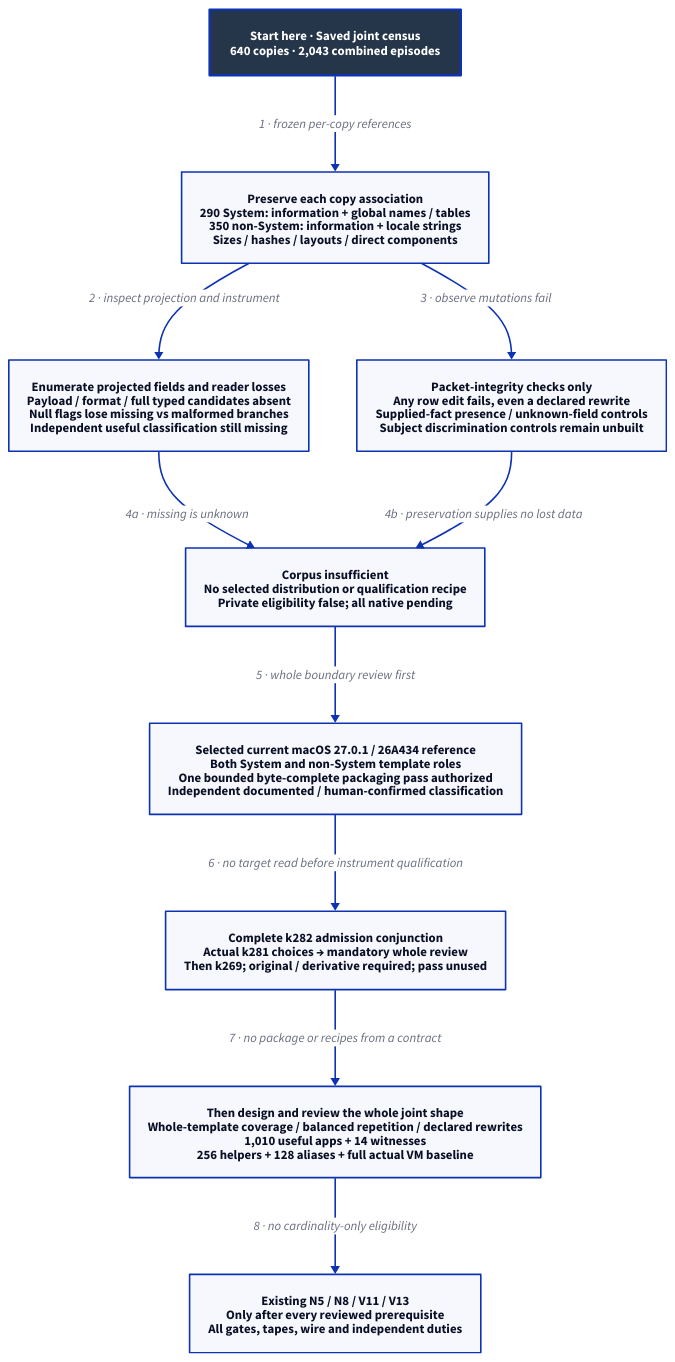
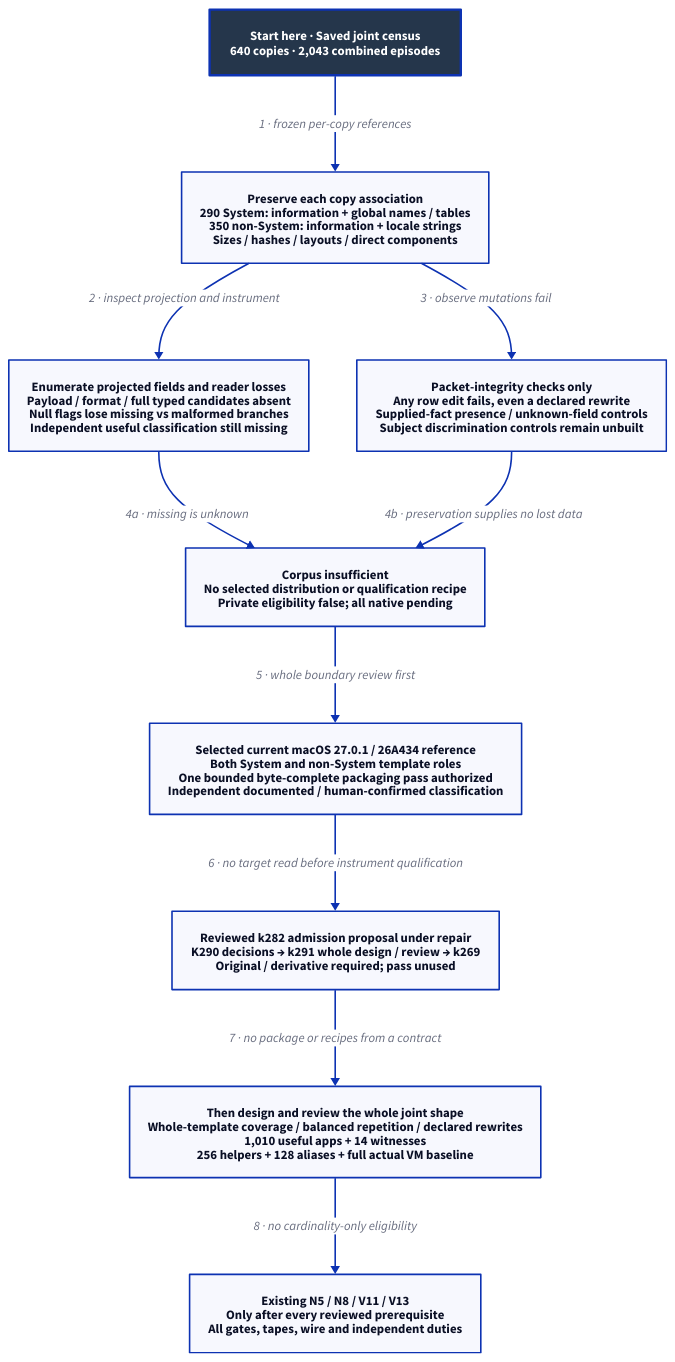
One commit to Linkuistics/Koine changed the diagram in docs/design/architecture/native-population-metadata-shape.d2. Above: the diagram before and after it, drawn with D2. The commit also changed 51 other files, not shown here.

Commit message:
Integrate admission review and queue bounded session-authority repair (reference-evidence-admission-completion-k289)

```diff
--- a/docs/design/architecture/native-population-metadata-shape.d2
+++ b/docs/design/architecture/native-population-metadata-shape.d2
@@ -1,23 +1,23 @@
 # Historical boundary and selected current-reference requirements; no useful subject or native pass.
 direction: down
 classes: {
   start: {style: {fill: "#25364B"; font-color: "#FFFFFF"; bold: true; stroke-width: 3}}
 }
 Start: "Start here · Saved joint census\n640 copies · 2,043 combined episodes" {class: start}
 Known: "Preserve each copy association\n290 System: information + global names / tables\n350 non-System: information + locale strings\nSizes / hashes / layouts / direct components"
 Missing: "Enumerate projected fields and reader losses\nPayload / format / full typed candidates absent\nNull flags lose missing vs malformed branches\nIndependent useful classification still missing"
 Control: "Packet-integrity checks only\nAny row edit fails, even a declared rewrite\nSupplied-fact presence / unknown-field controls\nSubject discrimination controls remain unbuilt"
 Boundary: "Corpus insufficient\nNo selected distribution or qualification recipe\nPrivate eligibility false; all native pending"
 Decision: "Selected current macOS 27.0.1 / 26A434 reference\nBoth System and non-System template roles\nOne bounded byte-complete packaging pass authorized\nIndependent documented / human-confirmed classification"
-Contract: "Complete k282 admission conjunction\nActual k281 choices → mandatory whole review\nThen k269; original / derivative required; pass unused"
+Contract: "Reviewed k282 admission proposal under repair\nK290 decisions → k291 whole design / review → k269\nOriginal / derivative required; pass unused"
 Design: "Then design and review the whole joint shape\nWhole-template coverage / balanced repetition / declared rewrites\n1,010 useful apps + 14 witnesses\n256 helpers + 128 aliases + full actual VM baseline"
 Native: "Existing N5 / N8 / V11 / V13\nOnly after every reviewed prerequisite\nAll gates, tapes, wire and independent duties"
 Start -> Known: "1 · frozen per-copy references"
 Known -> Missing: "2 · inspect projection and instrument"
 Known -> Control: "3 · observe mutations fail"
 Missing -> Boundary: "4a · missing is unknown"
 Control -> Boundary: "4b · preservation supplies no lost data"
 Boundary -> Decision: "5 · whole boundary review first"
 Decision -> Contract: "6 · no target read before instrument qualification"
 Contract -> Design: "7 · no package or recipes from a contract"
 Design -> Native: "8 · no cardinality-only eligibility"
```
